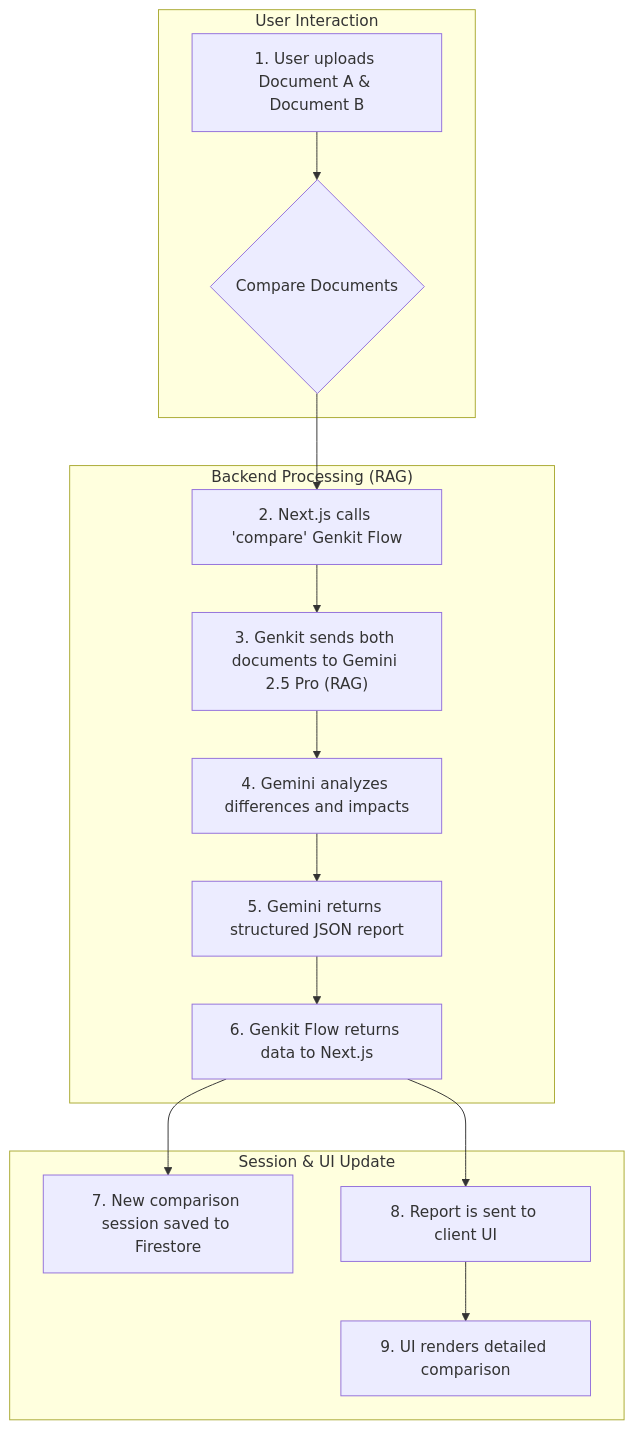
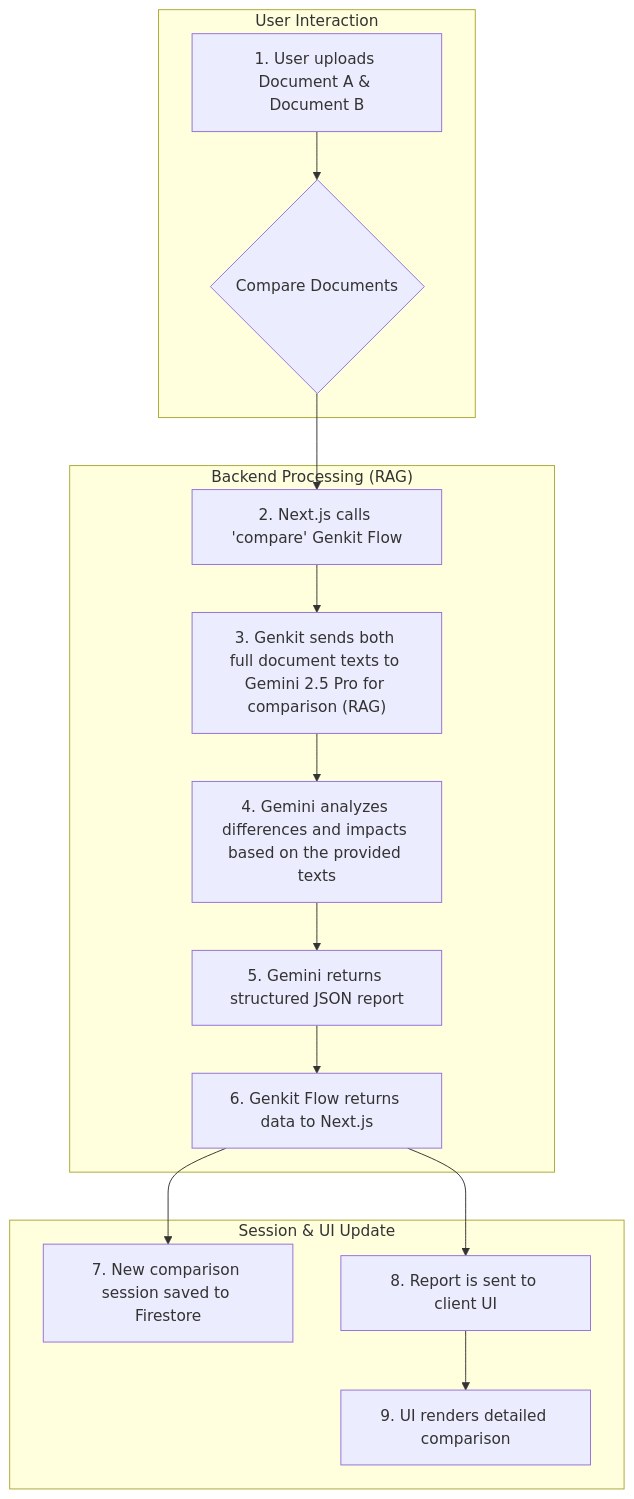
One commit to RD500/Vidhik changed the third of 3 diagrams in README.md. Above: the diagram before and after it, drawn with Mermaid. The commit also changed other lines of this file, not shown here.

````diff
--- a/README.md
+++ b/README.md
@@ -137,18 +151,18 @@
 ```mermaid
 graph TD
     subgraph User Interaction
         A[1. User uploads Document A & Document B] --> B{Compare Documents};
     end
     subgraph "Backend Processing (RAG)"
         B --> C[2. Next.js calls 'compare' Genkit Flow];
-        C --> D["3. Genkit sends both documents to Gemini 2.5 Pro (RAG)"];
-        D --> E[4. Gemini analyzes differences and impacts];
+        C --> D["3. Genkit sends both full document texts to Gemini 2.5 Pro for comparison (RAG)"];
+        D --> E[4. Gemini analyzes differences and impacts based on the provided texts];
         E --> F[5. Gemini returns structured JSON report];
         F --> G[6. Genkit Flow returns data to Next.js];
     end
     subgraph Session & UI Update
         G --> H[7. New comparison session saved to Firestore];
         G --> I[8. Report is sent to client UI];
         I --> J[9. UI renders detailed comparison];
     end
 ```
````
